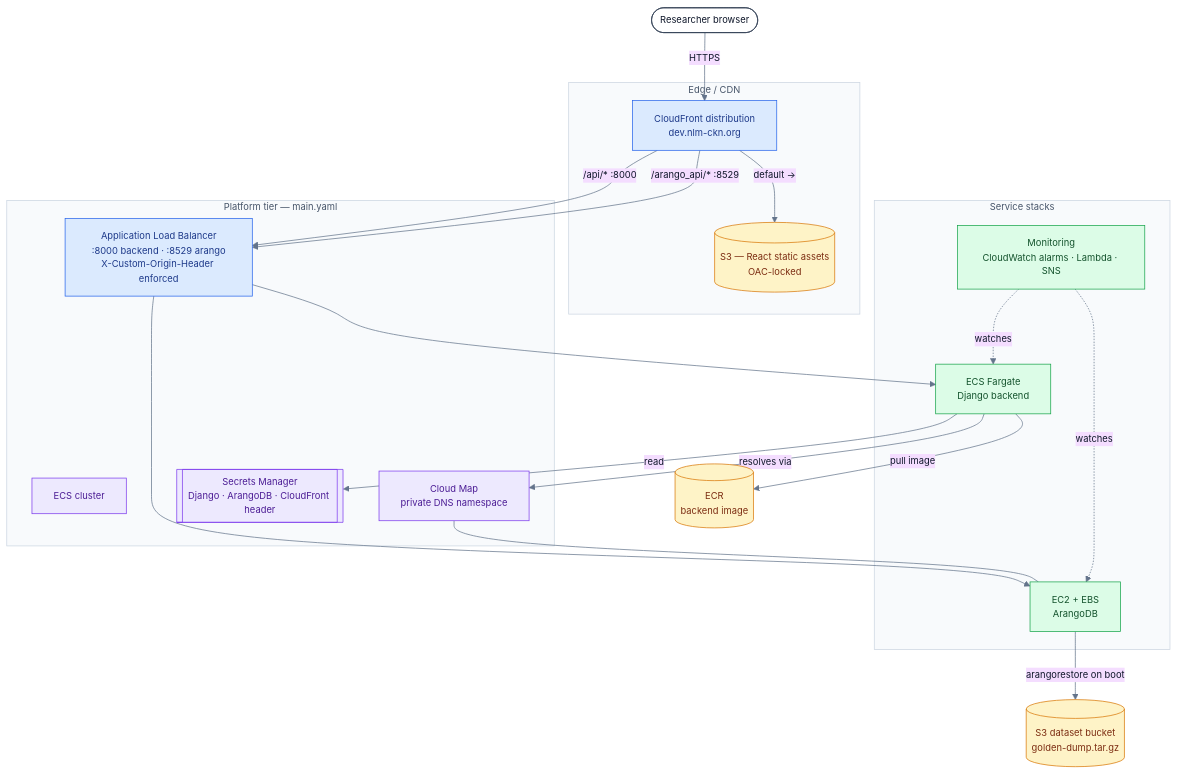
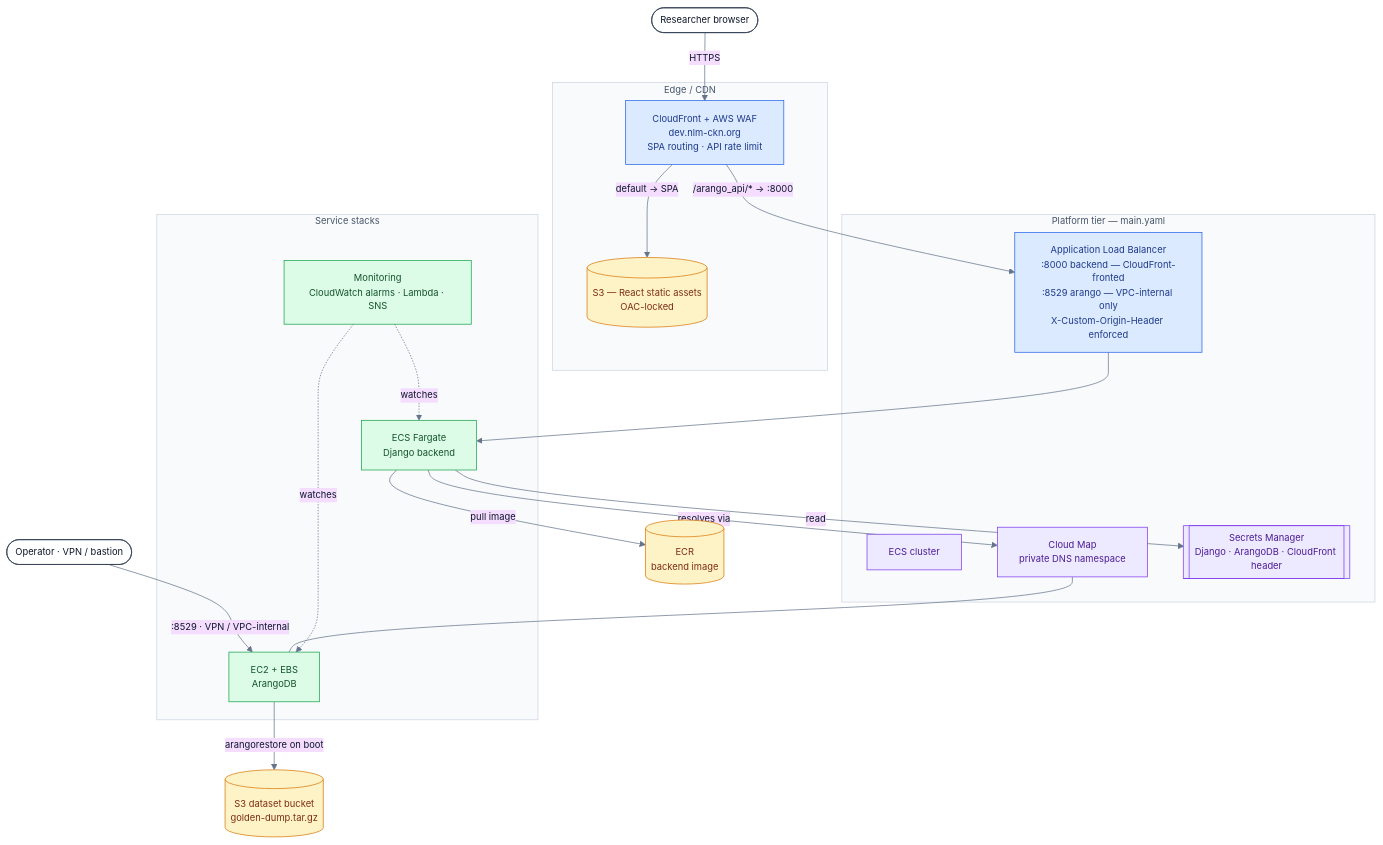
Before and after one commit to Springbok-LLC/nlm-ckn-iac: the diagram in environment/README.md, drawn with Mermaid. The commit also changed other lines of this file and 1 other file, not shown here.

````diff
--- a/environment/README.md
+++ b/environment/README.md
@@ -24,53 +24,53 @@
 ```mermaid
 %%{init: {'theme':'base', 'themeVariables': {'fontFamily':'ui-sans-serif, system-ui, sans-serif', 'fontSize':'13px', 'lineColor':'#64748b', 'primaryTextColor':'#0f172a'}}}%%
 flowchart TB
     user([Researcher browser]):::actor
+    admin([Operator · VPN / bastion]):::actor
 
     subgraph edge[" Edge / CDN "]
-        cf[CloudFront distribution<br/>dev.nlm-ckn.org]:::net
+        cf[CloudFront + AWS WAF<br/>dev.nlm-ckn.org<br/>SPA routing · API rate limit]:::net
         s3f[(S3 — React static assets<br/>OAC-locked)]:::store
     end
 
     subgraph platform[" Platform tier — main.yaml "]
-        alb[Application Load Balancer<br/>:8000 backend · :8529 arango<br/>X-Custom-Origin-Header enforced]:::net
+        alb[Application Load Balancer<br/>:8000 backend — CloudFront-fronted<br/>:8529 arango — VPC-internal only<br/>X-Custom-Origin-Header enforced]:::net
         cluster[ECS cluster]:::plat
         cloudmap[Cloud Map<br/>private DNS namespace]:::plat
         secrets[[Secrets Manager<br/>Django · ArangoDB · CloudFront header]]:::plat
     end
 
     subgraph services[" Service stacks "]
         backend[ECS Fargate<br/>Django backend]:::compute
         arango[EC2 + EBS<br/>ArangoDB]:::compute
         mon[Monitoring<br/>CloudWatch alarms · Lambda · SNS]:::compute
     end
 
     ecr[(ECR<br/>backend image)]:::store
     dataset[(S3 dataset bucket<br/>golden-dump.tar.gz)]:::store
 
     user -->|HTTPS| cf
-    cf -->|default →| s3f
-    cf -->|/api/* :8000| alb
-    cf -->|/arango_api/* :8529| alb
+    cf -->|default → SPA| s3f
+    cf -->|/arango_api/* → :8000| alb
     alb --> backend
-    alb --> arango
+    admin -->|:8529 · VPN / VPC-internal| arango
 
     backend -->|pull image| ecr
     backend -->|read| secrets
     backend -->|resolves via| cloudmap
     cloudmap --- arango
     arango -->|arangorestore on boot| dataset
     mon -.->|watches| backend
     mon -.->|watches| arango
 
     %% ── node categories (shared palette across environment/ and etl/) ──
     classDef actor   fill:#ffffff,stroke:#334155,stroke-width:1px,color:#0f172a
     classDef net     fill:#dbeafe,stroke:#2563eb,color:#1e3a8a
     classDef plat    fill:#ede9fe,stroke:#7c3aed,color:#4c1d95
     classDef compute fill:#dcfce7,stroke:#16a34a,color:#14532d
     classDef store   fill:#fef3c7,stroke:#d97706,color:#7c2d12
 
     %% ── subgraph tint marks the deployment grouping ──
     style edge     fill:#f8fafc,stroke:#cbd5e1,color:#475569
     style platform fill:#f8fafc,stroke:#cbd5e1,color:#475569
     style services fill:#f8fafc,stroke:#cbd5e1,color:#475569
 ```
````
